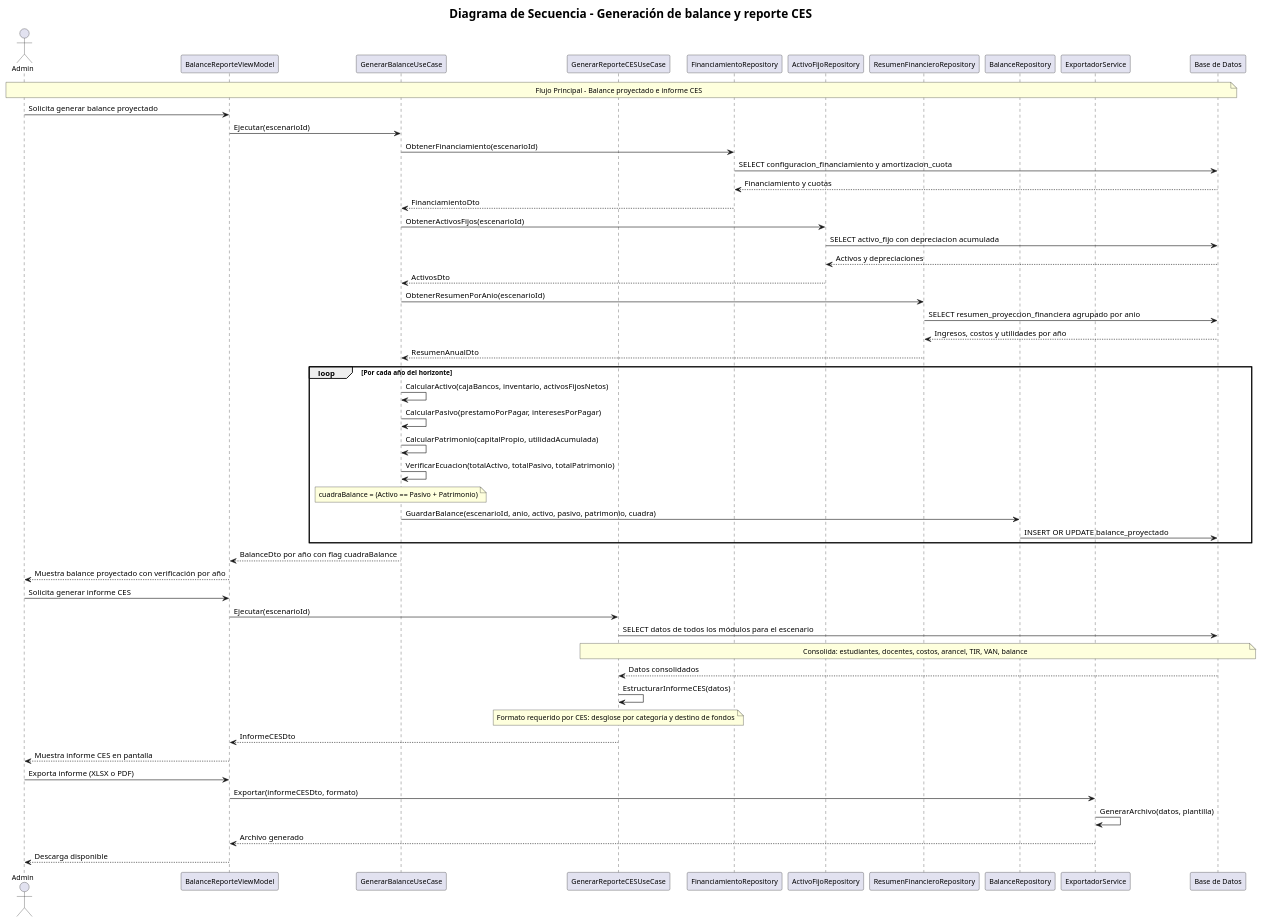
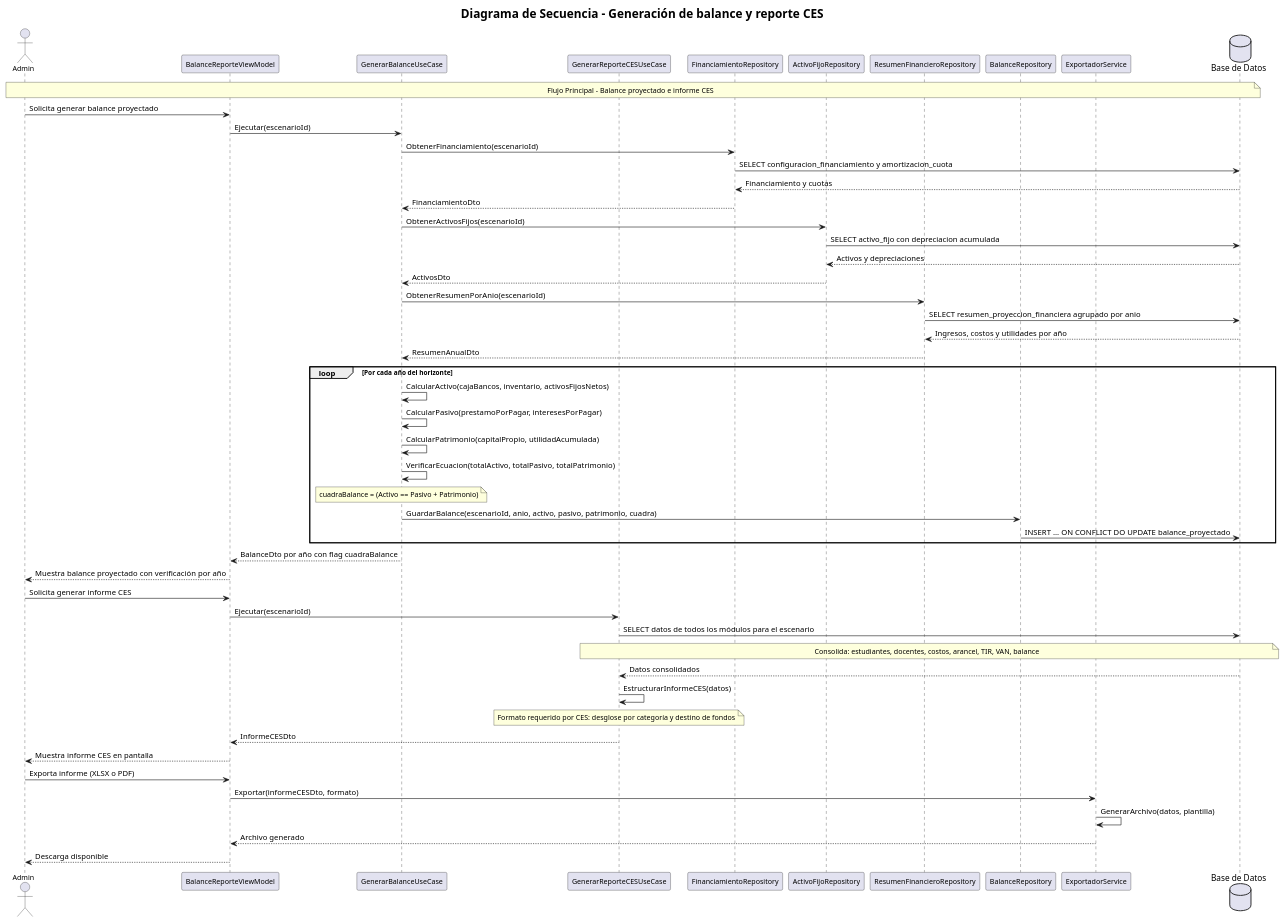
One commit to Miguels5847/SistemaAranceles changed the diagram in src/Application/UseCases/Diagramas de Secuencia/Diagrama-Secuencia-11-Generación de balance y reporte CES.puml. Above: the diagram before and after it, drawn with PlantUML. The commit also changed 43 other files, not shown here.

Commit message:
Cambios y mejoras en Diagramas

```diff
--- a/src/Application/UseCases/Diagramas de Secuencia/Diagrama-Secuencia-11-Generación de balance y reporte CES.puml
+++ b/src/Application/UseCases/Diagramas de Secuencia/Diagrama-Secuencia-11-Generación de balance y reporte CES.puml
@@ -1,92 +1,92 @@
 @startuml
 title <b><size:20>Diagrama de Secuencia - Generación de balance y reporte CES</size></b>
 
 skinparam participant {
     FontSize 12
     FontStyle normal
 }
 skinparam actor {
     FontSize 12
     FontStyle normal
 }
 skinparam note {
     FontSize 12
 }
 
 actor "Admin"
 participant "BalanceReporteViewModel"
 participant "GenerarBalanceUseCase"
 participant "GenerarReporteCESUseCase"
 participant "FinanciamientoRepository"
 participant "ActivoFijoRepository"
 participant "ResumenFinancieroRepository"
 participant "BalanceRepository"
 participant "ExportadorService"
-participant "Base de Datos"
+database "Base de Datos" as db
 
-note over "Admin","Base de Datos"
+note over "Admin","db"
 Flujo Principal - Balance proyectado e informe CES
 end note
 
 "Admin" -> "BalanceReporteViewModel": Solicita generar balance proyectado
 "BalanceReporteViewModel" -> "GenerarBalanceUseCase": Ejecutar(escenarioId)
 
 "GenerarBalanceUseCase" -> "FinanciamientoRepository": ObtenerFinanciamiento(escenarioId)
-"FinanciamientoRepository" -> "Base de Datos": SELECT configuracion_financiamiento y amortizacion_cuota
-"Base de Datos" --> "FinanciamientoRepository": Financiamiento y cuotas
+"FinanciamientoRepository" -> "db": SELECT configuracion_financiamiento y amortizacion_cuota
+"db" --> "FinanciamientoRepository": Financiamiento y cuotas
 "FinanciamientoRepository" --> "GenerarBalanceUseCase": FinanciamientoDto
 
 "GenerarBalanceUseCase" -> "ActivoFijoRepository": ObtenerActivosFijos(escenarioId)
-"ActivoFijoRepository" -> "Base de Datos": SELECT activo_fijo con depreciacion acumulada
-"Base de Datos" --> "ActivoFijoRepository": Activos y depreciaciones
+"ActivoFijoRepository" -> "db": SELECT activo_fijo con depreciacion acumulada
+"db" --> "ActivoFijoRepository": Activos y depreciaciones
 "ActivoFijoRepository" --> "GenerarBalanceUseCase": ActivosDto
 
 "GenerarBalanceUseCase" -> "ResumenFinancieroRepository": ObtenerResumenPorAnio(escenarioId)
-"ResumenFinancieroRepository" -> "Base de Datos": SELECT resumen_proyeccion_financiera agrupado por anio
-"Base de Datos" --> "ResumenFinancieroRepository": Ingresos, costos y utilidades por año
+"ResumenFinancieroRepository" -> "db": SELECT resumen_proyeccion_financiera agrupado por anio
+"db" --> "ResumenFinancieroRepository": Ingresos, costos y utilidades por año
 "ResumenFinancieroRepository" --> "GenerarBalanceUseCase": ResumenAnualDto
 
 loop Por cada año del horizonte
     "GenerarBalanceUseCase" -> "GenerarBalanceUseCase": CalcularActivo(cajaBancos, inventario, activosFijosNetos)
     "GenerarBalanceUseCase" -> "GenerarBalanceUseCase": CalcularPasivo(prestamoPorPagar, interesesPorPagar)
     "GenerarBalanceUseCase" -> "GenerarBalanceUseCase": CalcularPatrimonio(capitalPropio, utilidadAcumulada)
     "GenerarBalanceUseCase" -> "GenerarBalanceUseCase": VerificarEcuacion(totalActivo, totalPasivo, totalPatrimonio)
 
     note over "GenerarBalanceUseCase"
     cuadraBalance = (Activo == Pasivo + Patrimonio)
     end note
 
     "GenerarBalanceUseCase" -> "BalanceRepository": GuardarBalance(escenarioId, anio, activo, pasivo, patrimonio, cuadra)
-    "BalanceRepository" -> "Base de Datos": INSERT OR UPDATE balance_proyectado
+    "BalanceRepository" -> "db": INSERT ... ON CONFLICT DO UPDATE balance_proyectado
 end
 
 "GenerarBalanceUseCase" --> "BalanceReporteViewModel": BalanceDto por año con flag cuadraBalance
 "BalanceReporteViewModel" --> "Admin": Muestra balance proyectado con verificación por año
 
 "Admin" -> "BalanceReporteViewModel": Solicita generar informe CES
 "BalanceReporteViewModel" -> "GenerarReporteCESUseCase": Ejecutar(escenarioId)
 
-"GenerarReporteCESUseCase" -> "Base de Datos": SELECT datos de todos los módulos para el escenario
+"GenerarReporteCESUseCase" -> "db": SELECT datos de todos los módulos para el escenario
 
-note over "GenerarReporteCESUseCase","Base de Datos"
+note over "GenerarReporteCESUseCase","db"
 Consolida: estudiantes, docentes, costos, arancel, TIR, VAN, balance
 end note
 
-"Base de Datos" --> "GenerarReporteCESUseCase": Datos consolidados
+"db" --> "GenerarReporteCESUseCase": Datos consolidados
 
 "GenerarReporteCESUseCase" -> "GenerarReporteCESUseCase": EstructurarInformeCES(datos)
 
 note over "GenerarReporteCESUseCase"
 Formato requerido por CES: desglose por categoría y destino de fondos
 end note
 
 "GenerarReporteCESUseCase" --> "BalanceReporteViewModel": InformeCESDto
 "BalanceReporteViewModel" --> "Admin": Muestra informe CES en pantalla
 
 "Admin" -> "BalanceReporteViewModel": Exporta informe (XLSX o PDF)
 "BalanceReporteViewModel" -> "ExportadorService": Exportar(informeCESDto, formato)
 "ExportadorService" -> "ExportadorService": GenerarArchivo(datos, plantilla)
 "ExportadorService" --> "BalanceReporteViewModel": Archivo generado
 "BalanceReporteViewModel" --> "Admin": Descarga disponible
 
 @enduml
```
